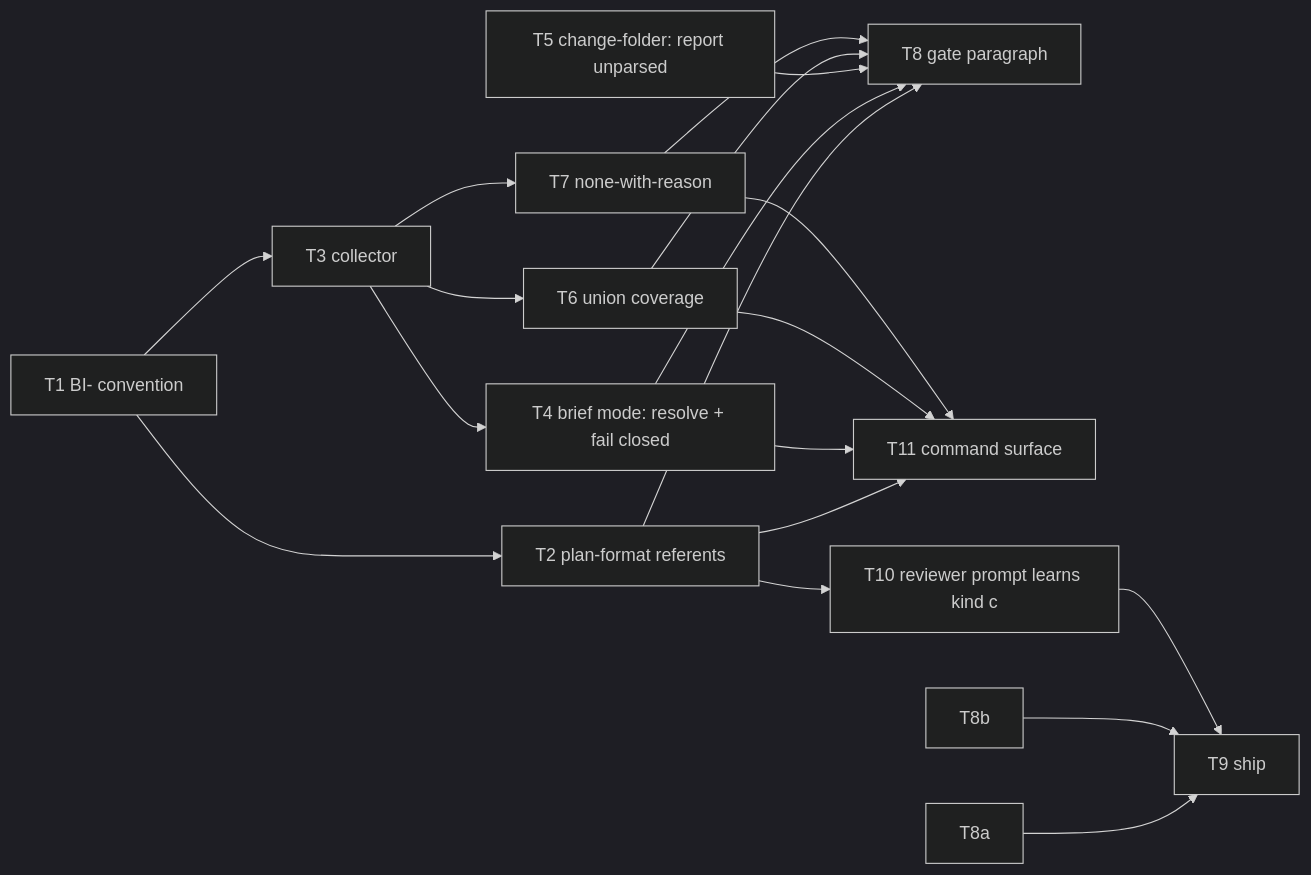
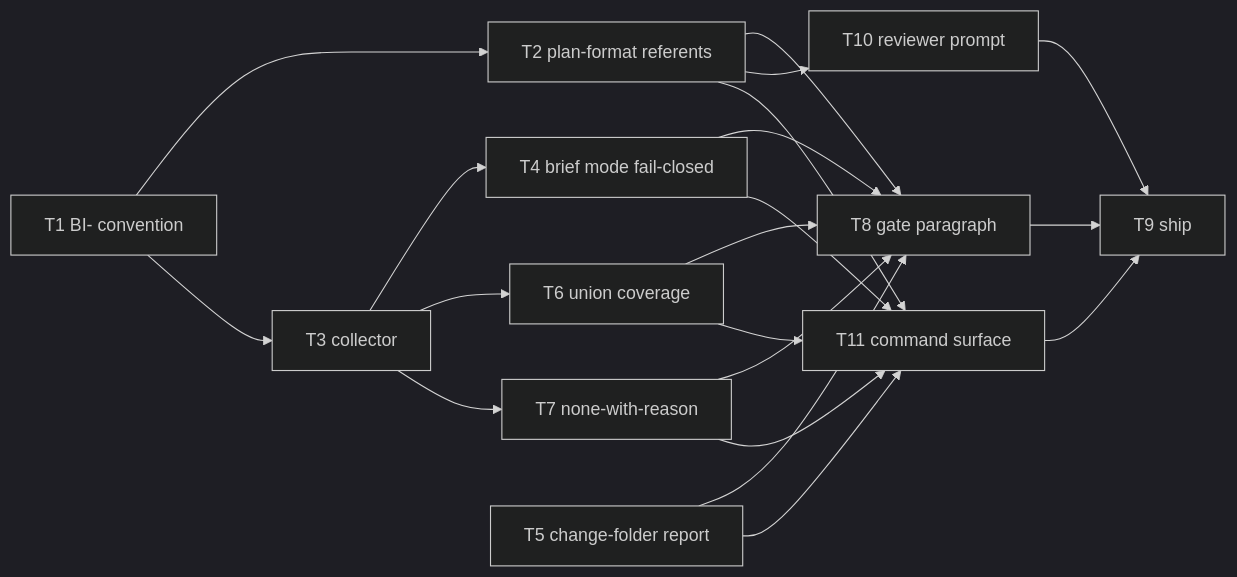
Before and after one commit to kouko/monkey-skills: the diagram in docs/loom/plans/2026-08-13-brief-item-addressability.md, drawn with Mermaid (dark theme). The commit also changed other lines of this file, not shown here.

Commit message:
docs(loom): regenerate the task-flow diagram from Dependencies and record two carried reviewer notes
The renumbering left T8a/T8b phantom nodes and dropped the T5-to-T11 edge -- the third defect my own string surgery has introduced into this plan. Regenerated from the Dependencies fields and verified drawn-edges == declared-edges (19) rather than trusting the replacement.

Claude-Session: https://claude.ai/code/session_01G8pwWtWMnt1XDrMKE6KSfu

````diff
--- a/docs/loom/plans/2026-08-13-brief-item-addressability.md
+++ b/docs/loom/plans/2026-08-13-brief-item-addressability.md
@@ -21,21 +21,22 @@
 ```mermaid
 flowchart LR
   T1[T1 BI- convention] --> T2[T2 plan-format referents]
-  T1 --> T3[T3 collector]
-  T3 --> T4[T4 brief mode: resolve + fail closed]
-  T3 --> T6[T6 union coverage]
-  T3 --> T7[T7 none-with-reason]
-  T2 --> T8[T8 gate paragraph]
-  T2 --> T11[T11 command surface]
-  T4 --> T8
-  T4 --> T11
-  T5[T5 change-folder: report unparsed] --> T8
-  T6 --> T8
-  T6 --> T11
-  T7 --> T8
-  T7 --> T11
-  T8a --> T9[T9 ship]
-  T8b --> T9
-  T2 --> T10[T10 reviewer prompt learns kind c]
-  T10 --> T9
+  T1[T1 BI- convention] --> T3[T3 collector]
+  T2[T2 plan-format referents] --> T8[T8 gate paragraph]
+  T2[T2 plan-format referents] --> T10[T10 reviewer prompt]
+  T2[T2 plan-format referents] --> T11[T11 command surface]
+  T3[T3 collector] --> T4[T4 brief mode fail-closed]
+  T3[T3 collector] --> T6[T6 union coverage]
+  T3[T3 collector] --> T7[T7 none-with-reason]
+  T4[T4 brief mode fail-closed] --> T8[T8 gate paragraph]
+  T4[T4 brief mode fail-closed] --> T11[T11 command surface]
+  T5[T5 change-folder report] --> T8[T8 gate paragraph]
+  T5[T5 change-folder report] --> T11[T11 command surface]
+  T6[T6 union coverage] --> T8[T8 gate paragraph]
+  T6[T6 union coverage] --> T11[T11 command surface]
+  T7[T7 none-with-reason] --> T8[T8 gate paragraph]
+  T7[T7 none-with-reason] --> T11[T11 command surface]
+  T8[T8 gate paragraph] --> T9[T9 ship]
+  T10[T10 reviewer prompt] --> T9[T9 ship]
+  T11[T11 command surface] --> T9[T9 ship]
 ```
````
